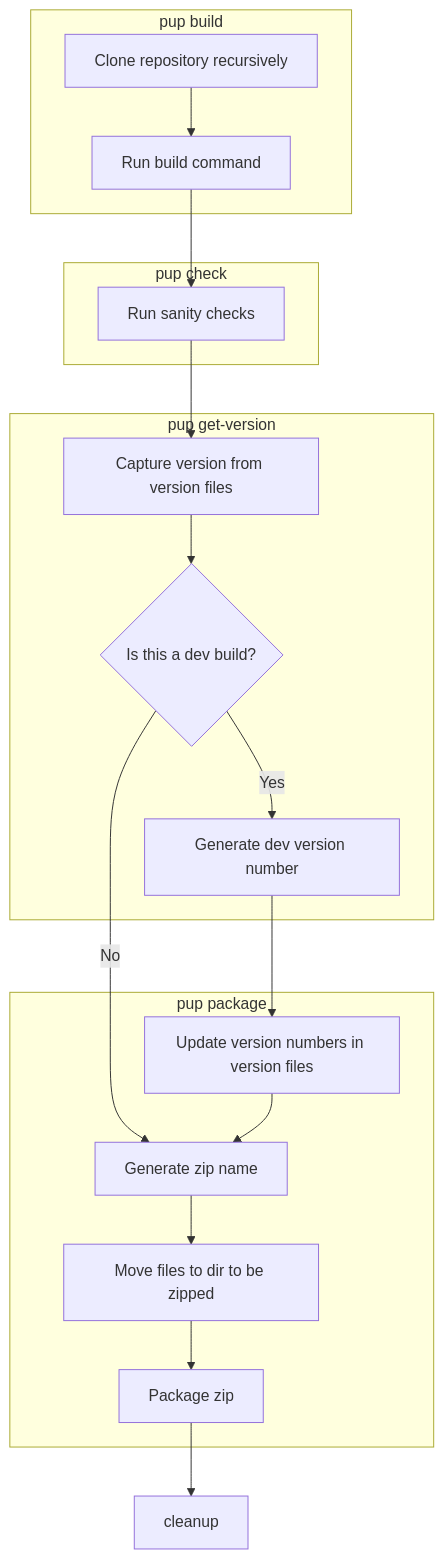
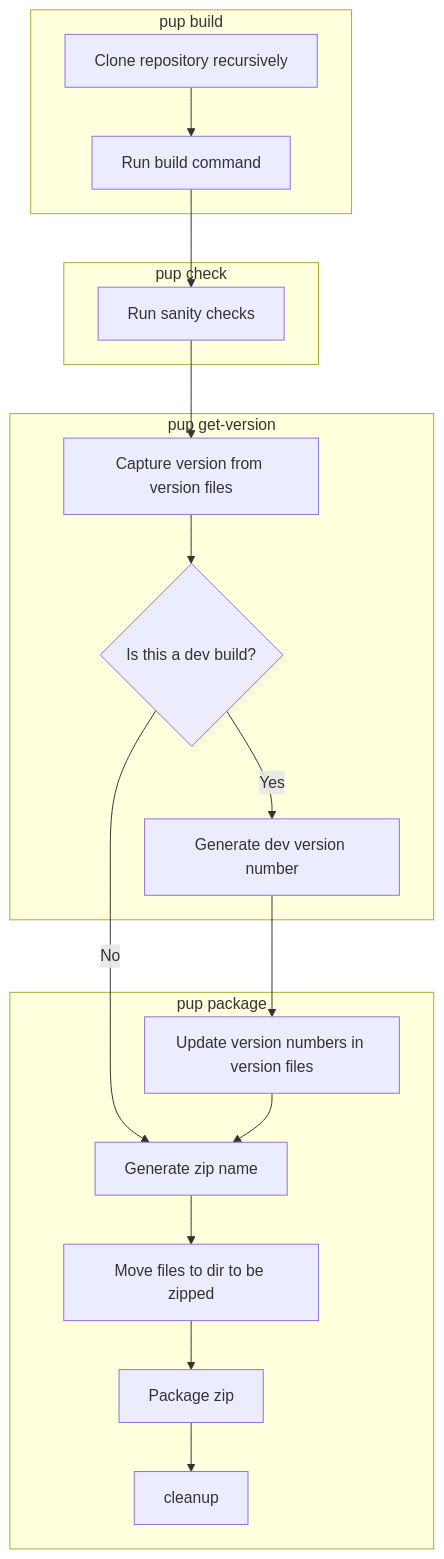
The diagram in docs/flow.md (stellarwp/pup), drawn with Mermaid before and after one commit. The commit also changed other lines of this file and 4 other files, not shown here.

````diff
--- a/docs/flow.md
+++ b/docs/flow.md
@@ -3,33 +3,33 @@
 ```mermaid
 flowchart TD
     clone[Clone repository recursively]
     build[Run build command]
     captureVersion[Capture version from version files]
     isDev{Is this a dev build?}
     generateDevVersion[Generate dev version number]
     updateVersionNumbers[Update version numbers in version files]
     generateZipName[Generate zip name]
     buildZipDir[Move files to dir to be zipped]
     runChecks[Run sanity checks]
     packageZip[Package zip]
     
     subgraph pup build
     clone --> build
     end
     subgraph pup check
     build --> runChecks
     end
     subgraph pup get-version
     runChecks --> captureVersion
     captureVersion --> isDev
     isDev --> |Yes| generateDevVersion
     end
     subgraph pup package
     generateDevVersion --> updateVersionNumbers
     isDev --> |No| generateZipName
     updateVersionNumbers --> generateZipName
     generateZipName --> buildZipDir
     buildZipDir --> packageZip
+    packageZip --> cleanup
     end
-    packageZip --> cleanup
 ```
````
